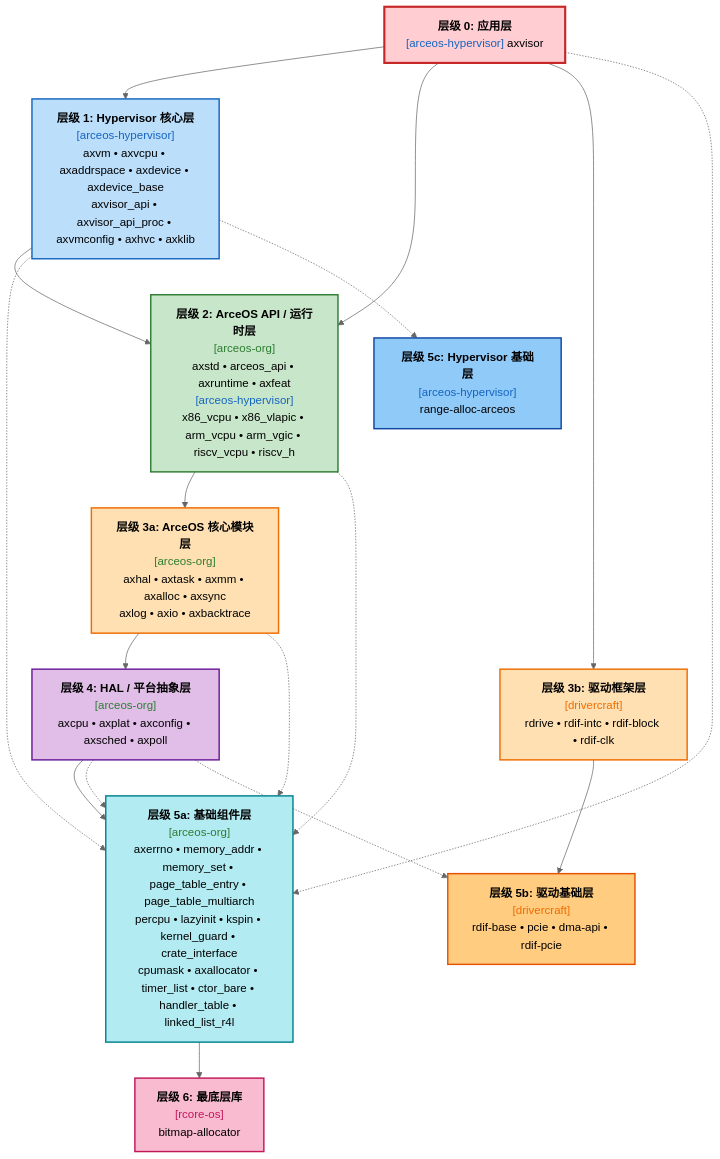
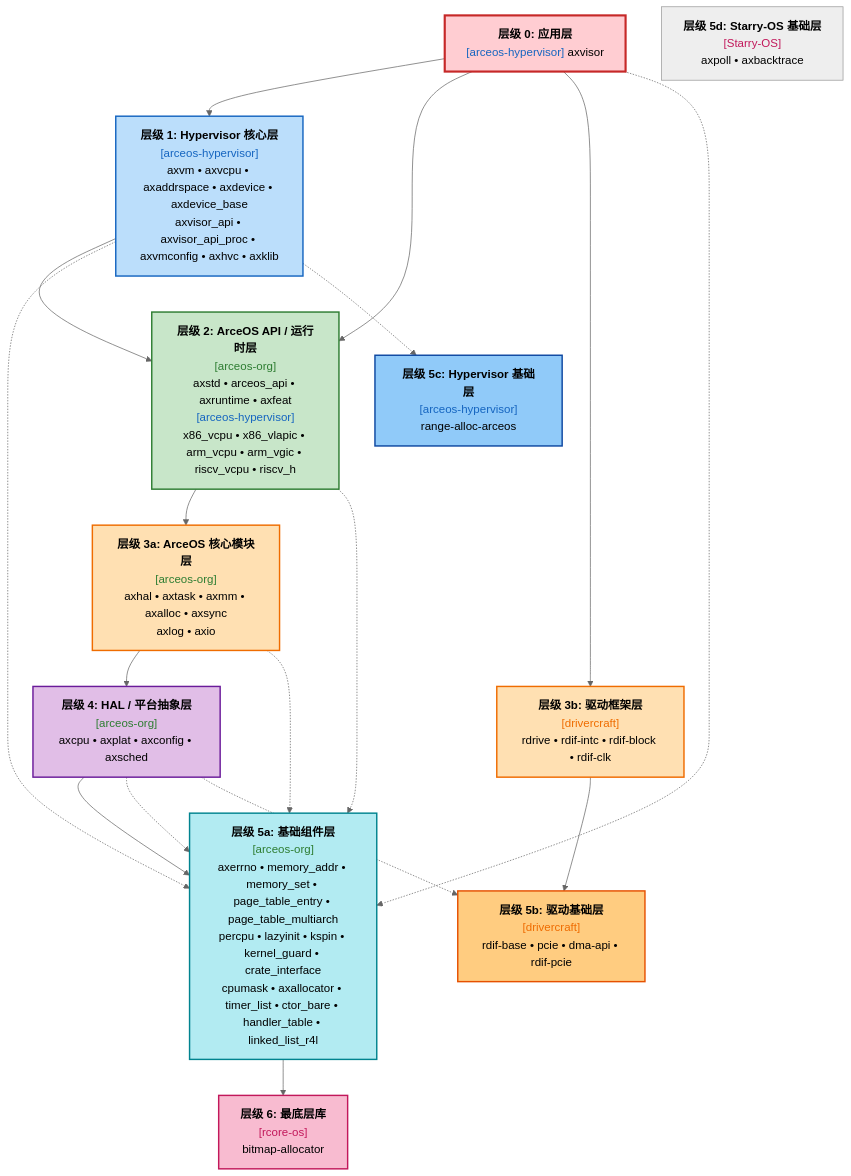
The fourth of 4 diagrams in docs/axvisor-dependency.md (arceos-hypervisor/axcrates), drawn with Mermaid (neutral theme) before and after one commit. The commit also changed other lines of this file, not shown here.

Commit message:
docs: update Axvisor dependency documentation to include Starry-OS components

````diff
--- a/docs/axvisor-dependency.md
+++ b/docs/axvisor-dependency.md
@@ -848,63 +860,65 @@
 ```mermaid
 flowchart TD
     direction TB
     
     L0["<b>层级 0: 应用层</b><br/><font color='#1565c0'>[arceos-hypervisor]</font> axvisor"]
     
     L1["<b>层级 1: Hypervisor 核心层</b><br/><font color='#1565c0'>[arceos-hypervisor]</font><br/>axvm • axvcpu • axaddrspace • axdevice • axdevice_base<br/>axvisor_api • axvisor_api_proc • axvmconfig • axhvc • axklib"]
     
     L2["<b>层级 2: ArceOS API / 运行时层</b><br/><font color='#2e7d32'>[arceos-org]</font><br/>axstd • arceos_api • axruntime • axfeat<br/><font color='#1565c0'>[arceos-hypervisor]</font><br/>x86_vcpu • x86_vlapic • arm_vcpu • arm_vgic • riscv_vcpu • riscv_h"]
     
-    L3A["<b>层级 3a: ArceOS 核心模块层</b><br/><font color='#2e7d32'>[arceos-org]</font><br/>axhal • axtask • axmm • axalloc • axsync<br/>axlog • axio • axbacktrace"]
+    L3A["<b>层级 3a: ArceOS 核心模块层</b><br/><font color='#2e7d32'>[arceos-org]</font><br/>axhal • axtask • axmm • axalloc • axsync<br/>axlog • axio"]
     
     L3B["<b>层级 3b: 驱动框架层</b><br/><font color='#ef6c00'>[drivercraft]</font><br/>rdrive • rdif-intc • rdif-block • rdif-clk"]
     
-    L4["<b>层级 4: HAL / 平台抽象层</b><br/><font color='#2e7d32'>[arceos-org]</font><br/>axcpu • axplat • axconfig • axsched • axpoll"]
+    L4["<b>层级 4: HAL / 平台抽象层</b><br/><font color='#2e7d32'>[arceos-org]</font><br/>axcpu • axplat • axconfig • axsched"]
     
     L5A["<b>层级 5a: 基础组件层</b><br/><font color='#2e7d32'>[arceos-org]</font><br/>axerrno • memory_addr • memory_set • page_table_entry • page_table_multiarch<br/>percpu • lazyinit • kspin • kernel_guard • crate_interface<br/>cpumask • axallocator • timer_list • ctor_bare • handler_table • linked_list_r4l"]
     
     L5B["<b>层级 5b: 驱动基础层</b><br/><font color='#ef6c00'>[drivercraft]</font><br/>rdif-base • pcie • dma-api • rdif-pcie"]
     
     L5C["<b>层级 5c: Hypervisor 基础层</b><br/><font color='#1565c0'>[arceos-hypervisor]</font><br/>range-alloc-arceos"]
+    
+    L5D["<b>层级 5d: Starry-OS 基础层</b><br/><font color='#c2185b'>[Starry-OS]</font><br/>axpoll • axbacktrace"]
     
     L6["<b>层级 6: 最底层库</b><br/><font color='#c2185b'>[rcore-os]</font><br/>bitmap-allocator"]
 
     L0 --> L1
     L0 --> L2
     L0 --> L3B
     L1 --> L2
     L2 --> L3A
     L3A --> L4
     L4 --> L5A
     L5A --> L6
     L3B --> L5B
     
     %% 跨层依赖
     L0 -.-> L5A
     L1 -.-> L5A
     L1 -.-> L5C
     L2 -.-> L5A
     L3A -.-> L5A
     L4 -.-> L5A
     L4 -.-> L5B
 
     classDef l0 fill:#ffcdd2,stroke:#c62828,stroke-width:3px,color:#000
     classDef l1 fill:#bbdefb,stroke:#1565c0,stroke-width:2px,color:#000
     classDef l2 fill:#c8e6c9,stroke:#2e7d32,stroke-width:2px,color:#000
     classDef l3 fill:#ffe0b2,stroke:#ef6c00,stroke-width:2px,color:#000
     classDef l4 fill:#e1bee7,stroke:#6a1b9a,stroke-width:2px,color:#000
     classDef l5 fill:#b2ebf2,stroke:#00838f,stroke-width:2px,color:#000
     classDef l5b fill:#ffcc80,stroke:#e65100,stroke-width:2px,color:#000
     classDef l5c fill:#90caf9,stroke:#0d47a1,stroke-width:2px,color:#000
     classDef l6 fill:#f8bbd0,stroke:#c2185b,stroke-width:2px,color:#000
 
     class L0 l0
     class L1 l1
     class L2 l2
     class L3A,L3B l3
     class L4 l4
     class L5A l5
     class L5B l5b
     class L5C l5c
     class L6 l6
 ```
````
